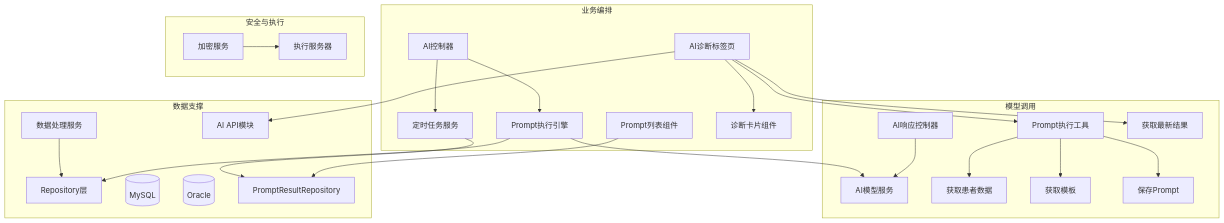
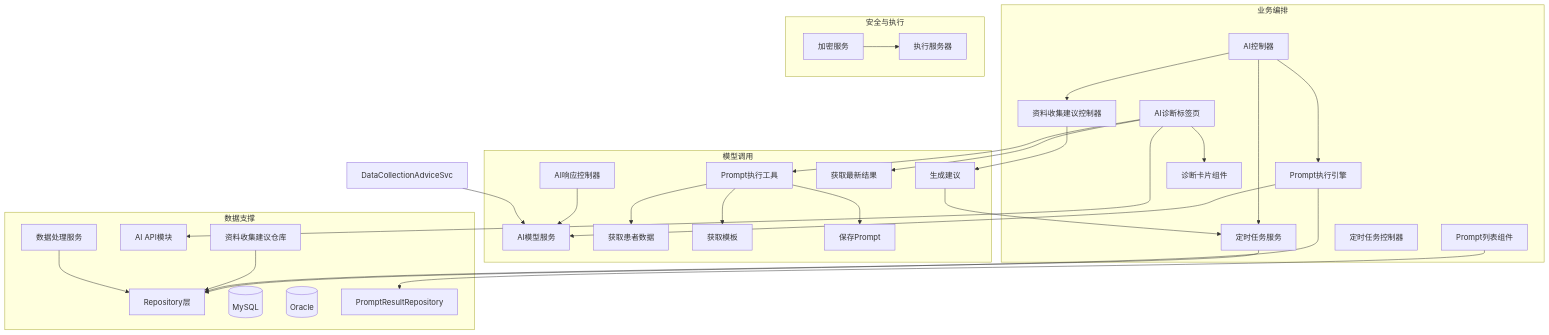
The second of 9 diagrams in .qoder/repowiki/zh/content/核心功能模块/AI诊断辅助系统.md (liuzh2008/med_ai_assistant_workspace), drawn with Mermaid before and after one commit. The commit also changed other lines of this file and 3 other files, not shown here.

````diff
--- a/.qoder/repowiki/zh/content/核心功能模块/AI诊断辅助系统.md
+++ b/.qoder/repowiki/zh/content/核心功能模块/AI诊断辅助系统.md
@@ -150,48 +180,57 @@
 ```mermaid
 graph TB
 subgraph "业务编排"
 AI[AI控制器]
 PromptSvc[Prompt执行引擎]
 TimerSvc[定时任务服务]
 AIDiagnosisTab[AI诊断标签页]
 PromptList[Prompt列表组件]
 DiagnosisCard[诊断卡片组件]
+DataCollectionAdviceCtrl[资料收集建议控制器]
+TimerCtrl[定时任务控制器]
 end
 subgraph "模型调用"
 AIResp[AI响应控制器]
 AIModel[AI模型服务]
 handlePromptExecution[Prompt执行工具]
 getLatestPromptResult[获取最新结果]
 getPatientData[获取患者数据]
 getPromptTemplate[获取模板]
 addPrompt[保存Prompt]
+generateAdvice[生成建议]
 end
 subgraph "数据支撑"
 DataSvc[数据处理服务]
 Repo[Repository层]
 MySQL[(MySQL)]
 Oracle[(Oracle)]
 apiAI[AI API模块]
 PromptResultRepo[PromptResultRepository]
+DataCollectionAdviceRepo[资料收集建议仓库]
 end
 subgraph "安全与执行"
 Encrypt[加密服务]
 ExecServer[执行服务器]
 end
 AI --> PromptSvc
 AI --> TimerSvc
+AI --> DataCollectionAdviceCtrl
 AIDiagnosisTab --> DiagnosisCard
 AIDiagnosisTab --> handlePromptExecution
 AIDiagnosisTab --> getLatestPromptResult
 AIDiagnosisTab --> apiAI
 PromptList --> PromptResultRepo
 handlePromptExecution --> getPatientData
 handlePromptExecution --> getPromptTemplate
 handlePromptExecution --> addPrompt
+DataCollectionAdviceCtrl --> generateAdvice
+generateAdvice --> TimerSvc
 AIResp --> AIModel
 PromptSvc --> Repo
-TimerSvc --> PromptResultRepo
+TimerSvc --> Repo
+DataCollectionAdviceRepo --> Repo
 DataSvc --> Repo
 Encrypt --> ExecServer
 PromptSvc --> AIModel
+DataCollectionAdviceSvc --> AIModel
 ```
````
